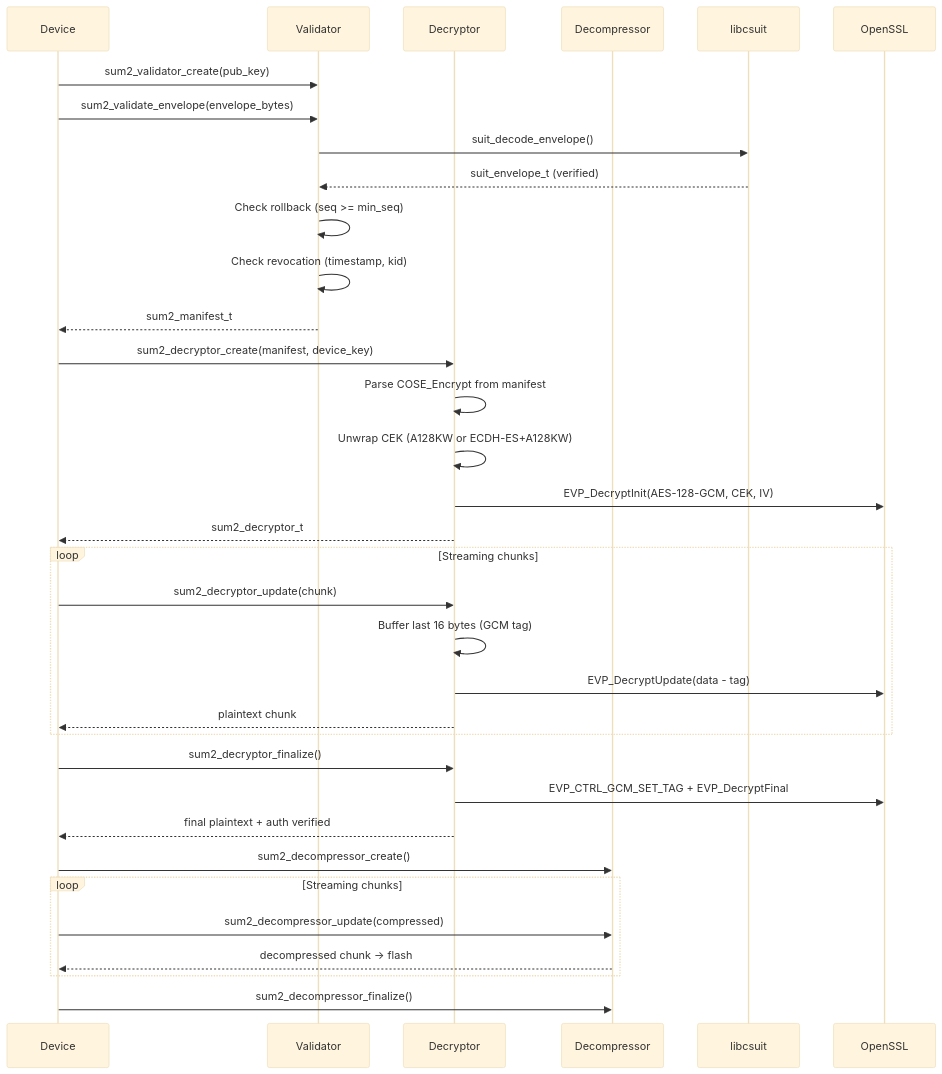
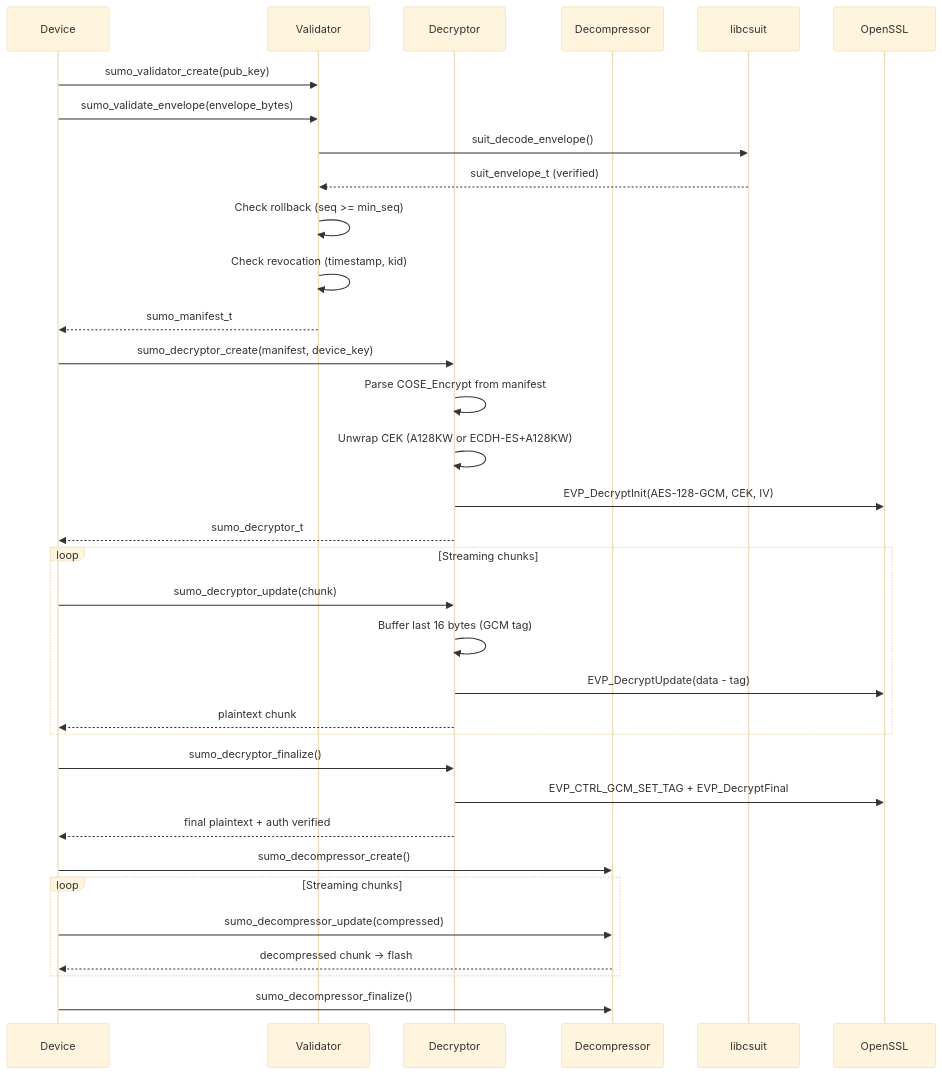
Before and after one commit to tr-sdv-sandbox/libsumo: the sixth of 8 diagrams in ARCHITECTURE.md, drawn with Mermaid (base theme). The commit also changed other lines of this file and 41 other files, not shown here.

First line of the commit message:
Rename sum2/SUM2/libsum2 → sumo/SUMO/libsumo throughout codebase

````diff
--- a/ARCHITECTURE.md
+++ b/ARCHITECTURE.md
@@ -261,41 +261,41 @@
 ```mermaid
 sequenceDiagram
     participant Dev as Device
     participant Val as Validator
     participant Dec as Decryptor
     participant Dcomp as Decompressor
     participant CS as libcsuit
     participant SSL as OpenSSL
 
-    Dev->>Val: sum2_validator_create(pub_key)
-    Dev->>Val: sum2_validate_envelope(envelope_bytes)
+    Dev->>Val: sumo_validator_create(pub_key)
+    Dev->>Val: sumo_validate_envelope(envelope_bytes)
     Val->>CS: suit_decode_envelope()
     CS-->>Val: suit_envelope_t (verified)
     Val->>Val: Check rollback (seq >= min_seq)
     Val->>Val: Check revocation (timestamp, kid)
-    Val-->>Dev: sum2_manifest_t
+    Val-->>Dev: sumo_manifest_t
 
-    Dev->>Dec: sum2_decryptor_create(manifest, device_key)
+    Dev->>Dec: sumo_decryptor_create(manifest, device_key)
     Dec->>Dec: Parse COSE_Encrypt from manifest
     Dec->>Dec: Unwrap CEK (A128KW or ECDH-ES+A128KW)
     Dec->>SSL: EVP_DecryptInit(AES-128-GCM, CEK, IV)
-    Dec-->>Dev: sum2_decryptor_t
+    Dec-->>Dev: sumo_decryptor_t
 
     loop Streaming chunks
-        Dev->>Dec: sum2_decryptor_update(chunk)
+        Dev->>Dec: sumo_decryptor_update(chunk)
         Dec->>Dec: Buffer last 16 bytes (GCM tag)
         Dec->>SSL: EVP_DecryptUpdate(data - tag)
         Dec-->>Dev: plaintext chunk
     end
 
-    Dev->>Dec: sum2_decryptor_finalize()
+    Dev->>Dec: sumo_decryptor_finalize()
     Dec->>SSL: EVP_CTRL_GCM_SET_TAG + EVP_DecryptFinal
     Dec-->>Dev: final plaintext + auth verified
 
-    Dev->>Dcomp: sum2_decompressor_create()
+    Dev->>Dcomp: sumo_decompressor_create()
     loop Streaming chunks
-        Dev->>Dcomp: sum2_decompressor_update(compressed)
+        Dev->>Dcomp: sumo_decompressor_update(compressed)
         Dcomp-->>Dev: decompressed chunk → flash
     end
-    Dev->>Dcomp: sum2_decompressor_finalize()
+    Dev->>Dcomp: sumo_decompressor_finalize()
 ```
````
